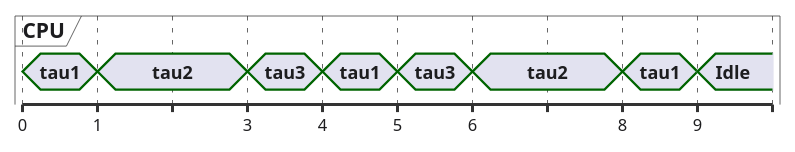
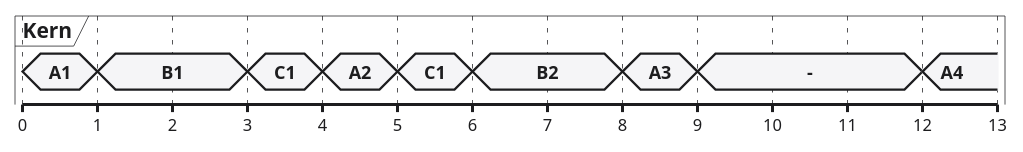
Before and after one commit to dantschi/echtzeitsysteme: the sixth of 10 diagrams in vorlesungen/02_scheduling-theorie.qmd, drawn with PlantUML. The commit also changed other lines of this file and 6 other files, not shown here.

````diff
--- a/vorlesungen/02_scheduling-theorie.qmd
+++ b/vorlesungen/02_scheduling-theorie.qmd
@@ -695,31 +681,59 @@
 ```{.plantuml}
 @startuml
 skinparam backgroundColor transparent
 skinparam defaultFontName "Inter, sans-serif"
 skinparam defaultFontColor #1D1D1F
 skinparam ArrowColor #86868B
+skinparam NoteBackgroundColor #F5F5F7
+skinparam NoteBorderColor #E5E5EA
 skinparam timing {
-  BackgroundColor #FFFFFF
-  BorderColor #E5E5EA
+ BackgroundColor #FFFFFF
+ BorderColor #E5E5EA
+ LineColor #1D1D1F
+ SignalColor #E2001A
+}
+<style>
+timingDiagram {
+ FontName sans-serif
+ FontColor #1D1D1F
+ LineColor #1D1D1F
+ arrow {
+  LineColor #86868B
+  FontColor #1D1D1F
+ }
+ concise {
+  FontName sans-serif
+  FontColor #1D1D1F
   LineColor #1D1D1F
-  SignalColor #E2001A
+  BackGroundColor #F5F5F7
+ }
+ robust {
+  FontName sans-serif
+  FontColor #1D1D1F
+  LineColor #1D1D1F
+  BackGroundColor #FFFFFF
+ }
 }
-concise "CPU" as CPU
+</style>
+scale 1 as 50 pixels
+concise "Kern" as K
 @0
-CPU is tau1
+K is "A1"
 @1
-CPU is tau2
+K is "B1"
 @3
-CPU is tau3
+K is "C1"
 @4
-CPU is tau1
+K is "A2"
 @5
-CPU is tau3
+K is "C1"
 @6
-CPU is tau2
+K is "B2"
 @8
-CPU is tau1
+K is "A3"
 @9
-CPU is Idle
+K is "–"
+@12
+K is "A4"
 @enduml
 ```
````
